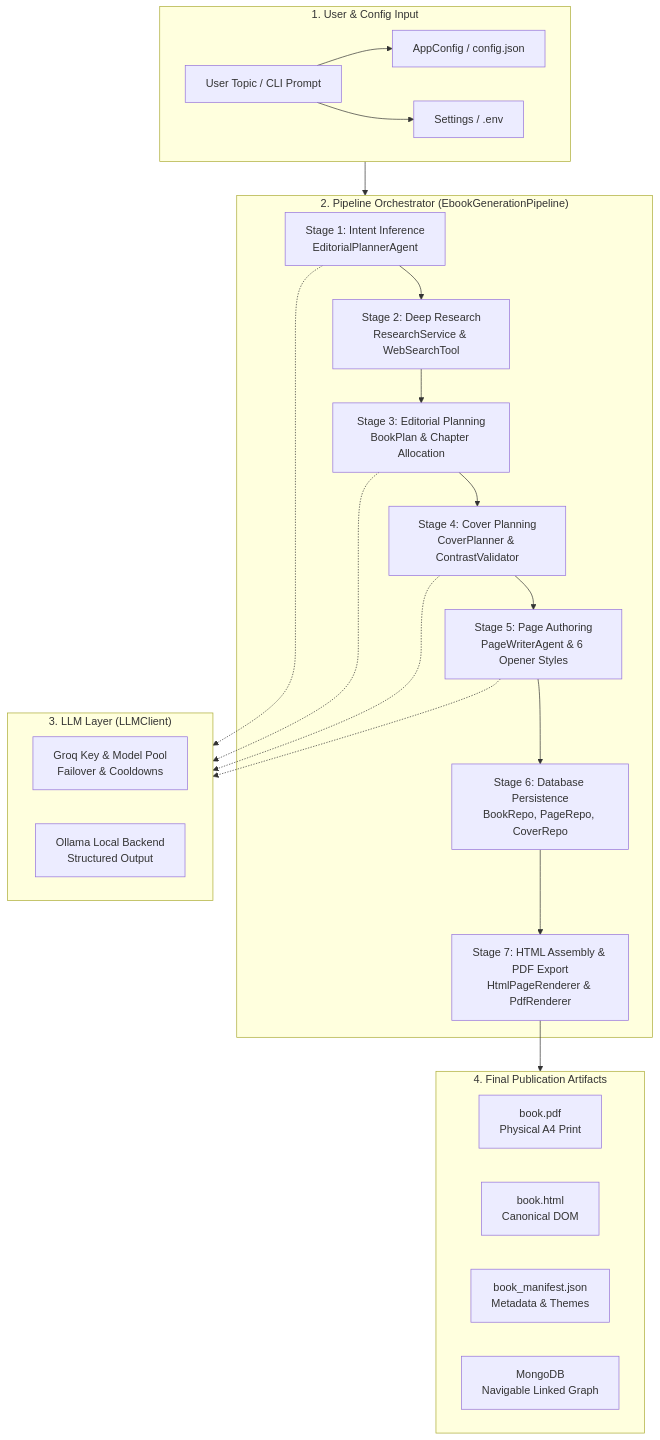
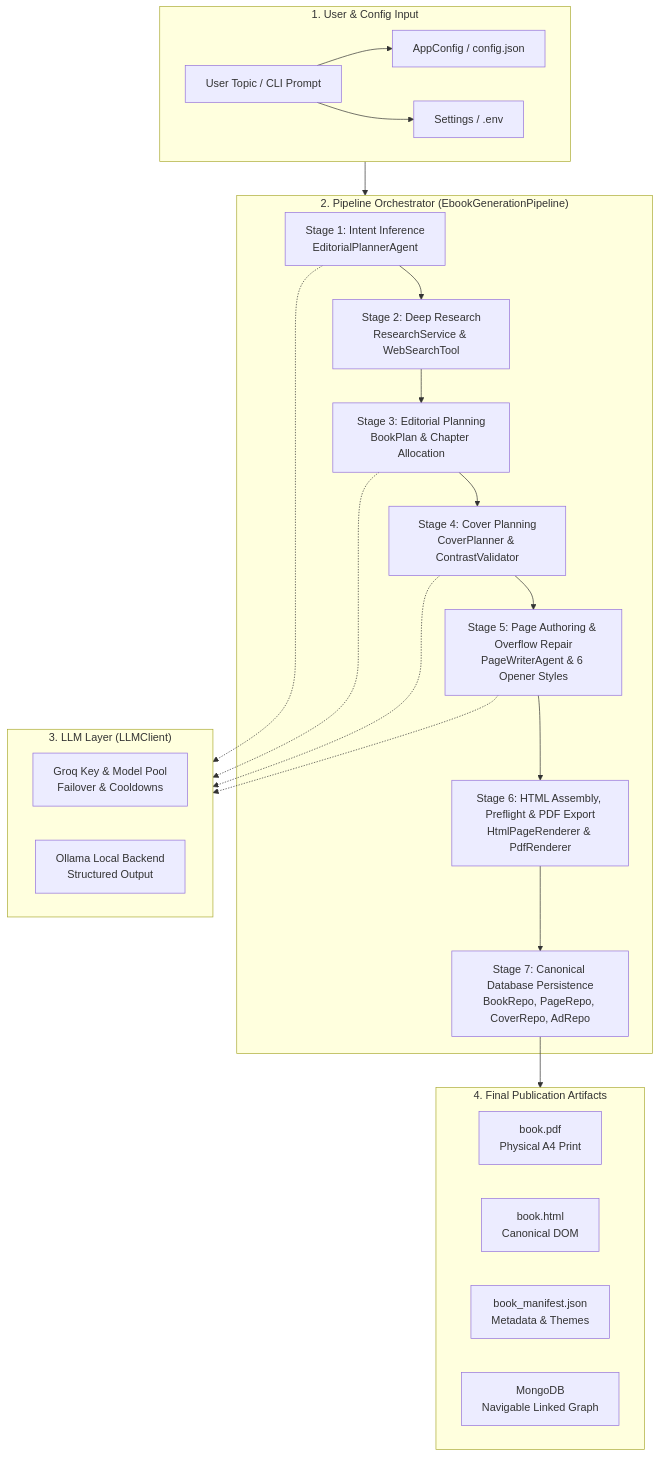
Before and after one commit to UltronTheAI/VasukiSquare: the diagram in docs/architecture.md, drawn with Mermaid. The commit also changed 11 other files, not shown here.

````diff
--- a/docs/architecture.md
+++ b/docs/architecture.md
@@ -9,38 +9,38 @@
 ```mermaid
 flowchart TD
     subgraph Input ["1. User & Config Input"]
         A[User Topic / CLI Prompt] --> B[AppConfig / config.json]
         A --> C[Settings / .env]
     end
 
     subgraph Pipeline ["2. Pipeline Orchestrator (EbookGenerationPipeline)"]
         D[Stage 1: Intent Inference\nEditorialPlannerAgent]
         E[Stage 2: Deep Research\nResearchService & WebSearchTool]
         F[Stage 3: Editorial Planning\nBookPlan & Chapter Allocation]
         G[Stage 4: Cover Planning\nCoverPlanner & ContrastValidator]
-        H[Stage 5: Page Authoring\nPageWriterAgent & 6 Opener Styles]
-        I[Stage 6: Database Persistence\nBookRepo, PageRepo, CoverRepo]
-        J[Stage 7: HTML Assembly & PDF Export\nHtmlPageRenderer & PdfRenderer]
+        H[Stage 5: Page Authoring & Overflow Repair\nPageWriterAgent & 6 Opener Styles]
+        I[Stage 6: HTML Assembly, Preflight & PDF Export\nHtmlPageRenderer & PdfRenderer]
+        J[Stage 7: Canonical Database Persistence\nBookRepo, PageRepo, CoverRepo, AdRepo]
 
         D --> E --> F --> G --> H --> I --> J
     end
 
     subgraph LLM ["3. LLM Layer (LLMClient)"]
         K[Groq Key & Model Pool\nFailover & Cooldowns]
         L[Ollama Local Backend\nStructured Output]
     end
 
     subgraph Output ["4. Final Publication Artifacts"]
         M[book.pdf\nPhysical A4 Print]
         N[book.html\nCanonical DOM]
         O[book_manifest.json\nMetadata & Themes]
         P[MongoDB\nNavigable Linked Graph]
     end
 
     Input --> Pipeline
     D -.-> LLM
     F -.-> LLM
     G -.-> LLM
     H -.-> LLM
     J --> Output
 ```
````
